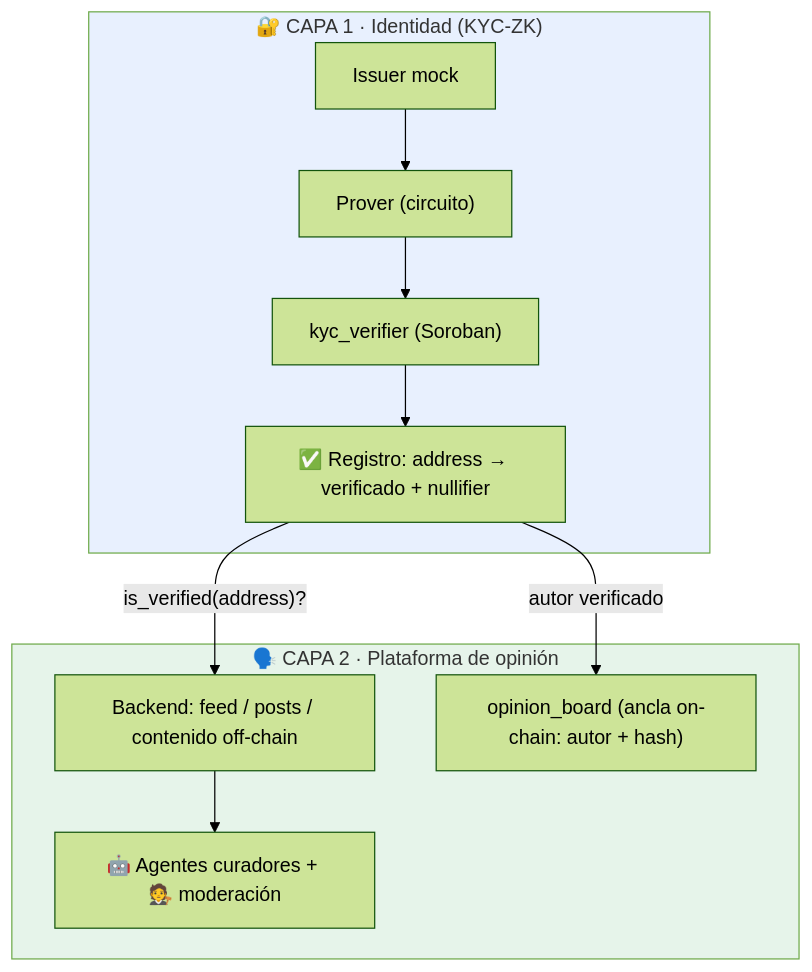
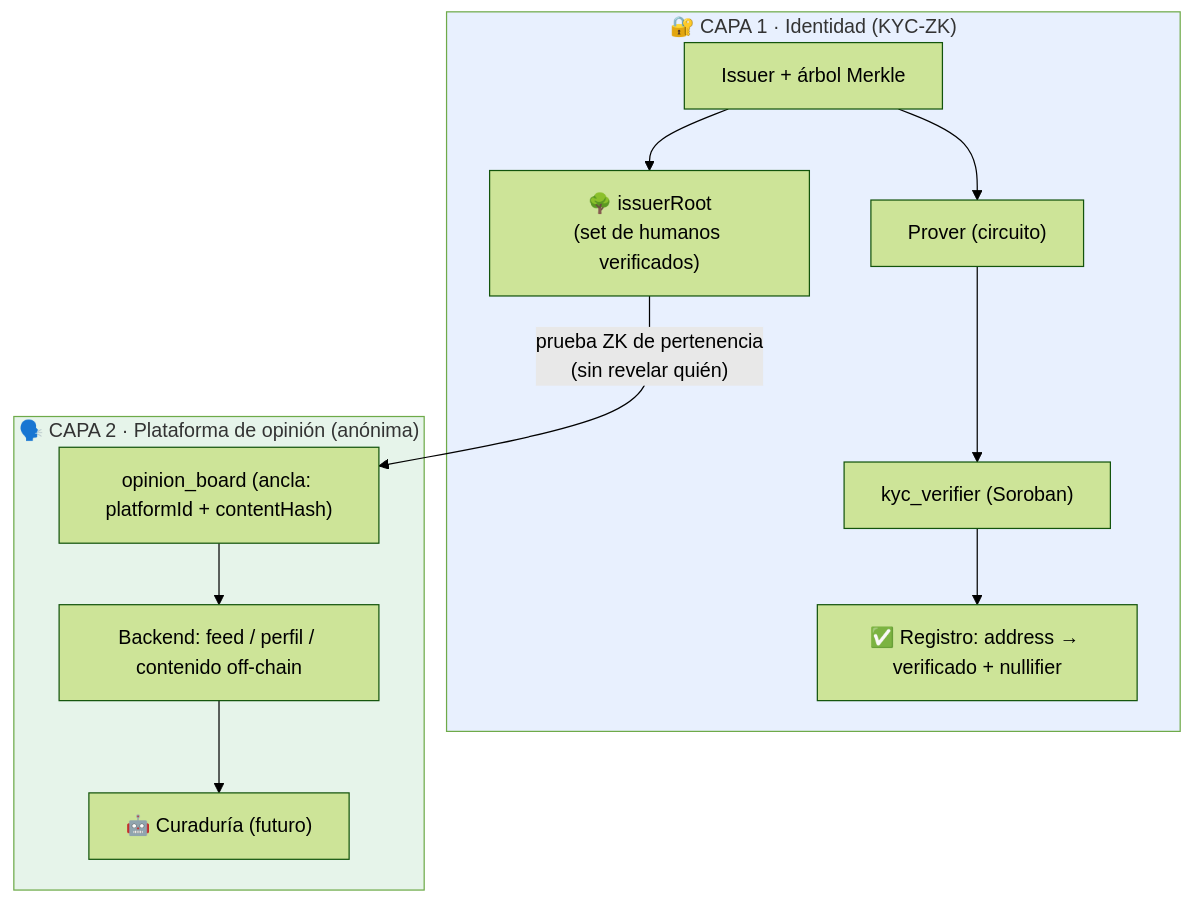
Before and after one commit to behuman-org/obsidian-vault-zk: the third of 3 diagrams in 05 - Arquitectura/Arquitectura General.md, drawn with Mermaid (forest theme). The commit also changed other lines of this file and 10 other files, not shown here.

First line of the commit message:
docs: documentar Capa 2 (plataforma anónima por ZK) en la vault

````diff
--- a/05 - Arquitectura/Arquitectura General.md
+++ b/05 - Arquitectura/Arquitectura General.md
@@ -76,18 +74,19 @@
 ```mermaid
 flowchart TB
     subgraph C1["🔐 CAPA 1 · Identidad (KYC-ZK)"]
-        ISS["Issuer mock"] --> PROV["Prover (circuito)"]
+        ISS["Issuer + árbol Merkle"] --> PROV["Prover (circuito)"]
         PROV --> VER["kyc_verifier (Soroban)"]
         VER --> REG["✅ Registro: address → verificado + nullifier"]
+        ISS --> ROOT["🌳 issuerRoot<br/>(set de humanos verificados)"]
     end
-    subgraph C2["🗣️ CAPA 2 · Plataforma de opinión"]
-        API["Backend: feed / posts / contenido off-chain"]
-        CUR["🤖 Agentes curadores + 🧑‍⚖️ moderación"]
-        BOARD["opinion_board (ancla on-chain: autor + hash)"]
+    subgraph C2["🗣️ CAPA 2 · Plataforma de opinión (anónima)"]
+        BOARD["opinion_board (ancla: platformId + contentHash)"]
+        API["Backend: feed / perfil / contenido off-chain"]
+        CUR["🤖 Curaduría (futuro)"]
     end
-    REG -->|"is_verified(address)?"| API
-    REG -->|"autor verificado"| BOARD
+    ROOT -->|"prueba ZK de pertenencia<br/>(sin revelar quién)"| BOARD
+    BOARD --> API
     API --> CUR
     style C1 fill:#e8f0fe
     style C2 fill:#e6f4ea
 ```
````
